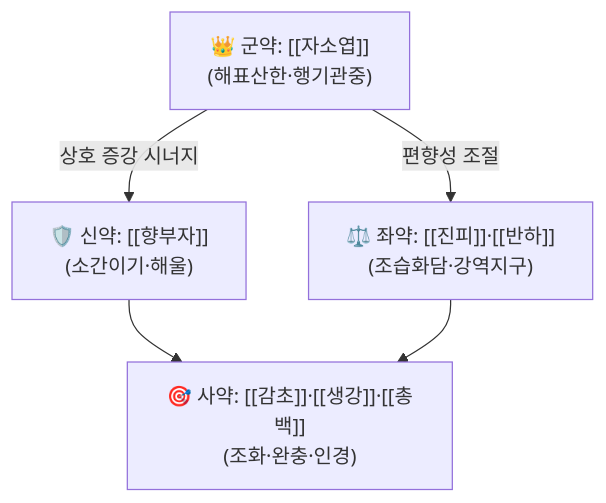
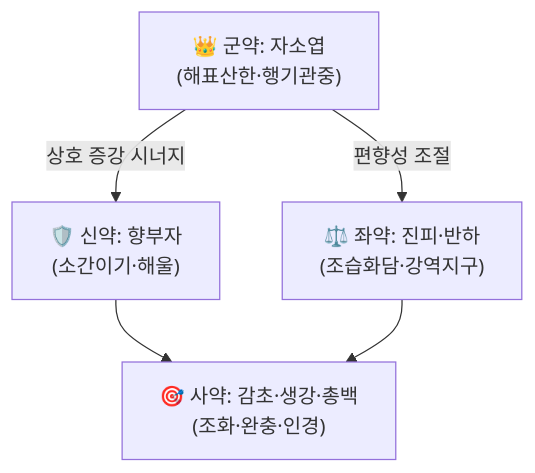
Before and after one commit to simbio11/simbio-digital-garden2: the diagram in content/2. 약리 공부/처방/04_이기·화해제/향소소반산.md, drawn with Mermaid. The commit also changed other lines of this file and 122 other files, not shown here.

````diff
--- a/content/2. 약리 공부/처방/04_이기·화해제/향소소반산.md
+++ b/content/2. 약리 공부/처방/04_이기·화해제/향소소반산.md
@@ -63,7 +64,7 @@
 ```mermaid
 graph TD
-    Gun["👑 군약: [[자소엽]]<br>(해표산한·행기관중)"] -->|상호 증강 시너지| Sin["🛡️ 신약: [[향부자]]<br>(소간이기·해울)"]
-    Gun -->|편향성 조절| Jwa["⚖️ 좌약: [[진피]]·[[반하]]<br>(조습화담·강역지구)"]
-    Sin --> Sa["🎯 사약: [[감초]]·[[생강]]·[[총백]]<br>(조화·완충·인경)"]
+    Gun["👑 군약: 자소엽<br>(해표산한·행기관중)"] -->|상호 증강 시너지| Sin["🛡️ 신약: 향부자<br>(소간이기·해울)"]
+    Gun -->|편향성 조절| Jwa["⚖️ 좌약: 진피·반하<br>(조습화담·강역지구)"]
+    Sin --> Sa["🎯 사약: 감초·생강·총백<br>(조화·완충·인경)"]
     Jwa --> Sa
 ```
````
